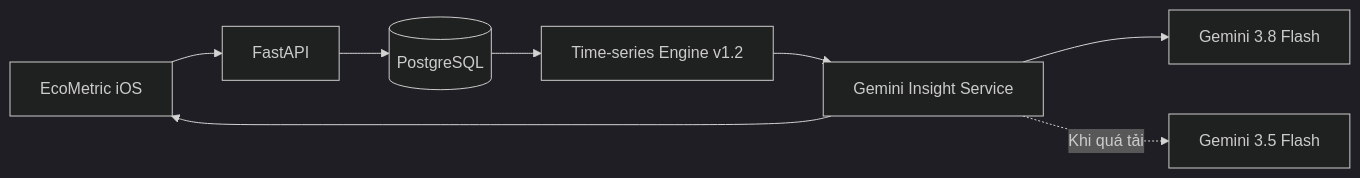
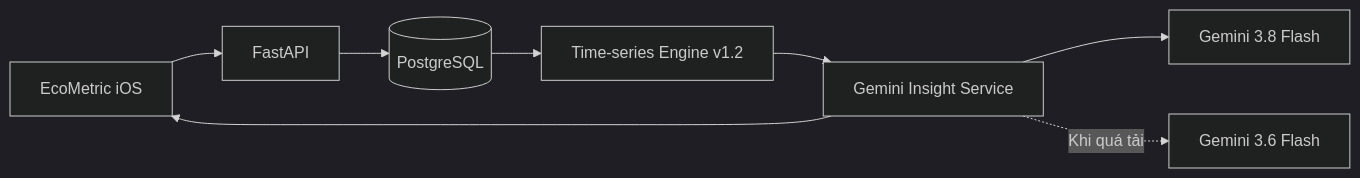
The diagram in ECOMETRIC BACKEND/ecometric-backend/README.md (NXThanh01/EcoMetric-iOS), drawn with Mermaid (dark theme) before and after one commit. The commit also changed other lines of this file and 16 other files, not shown here.

````diff
--- a/ECOMETRIC BACKEND/ecometric-backend/README.md
+++ b/ECOMETRIC BACKEND/ecometric-backend/README.md
@@ -9,10 +9,10 @@
 ```mermaid
 flowchart LR
     IOS[EcoMetric iOS] --> API[FastAPI]
     API --> DB[(PostgreSQL)]
     DB --> TS[Time-series Engine v1.2]
     TS --> GM[Gemini Insight Service]
     GM --> P[Gemini 3.8 Flash]
-    GM -. Khi quá tải .-> F[Gemini 3.5 Flash]
+    GM -. Khi quá tải .-> F[Gemini 3.6 Flash]
     GM --> IOS
 ```
````
